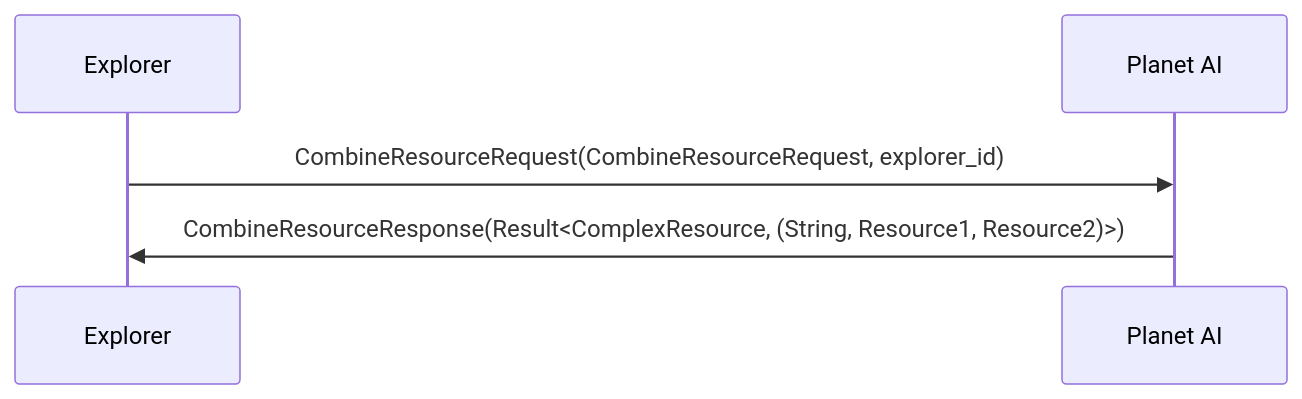
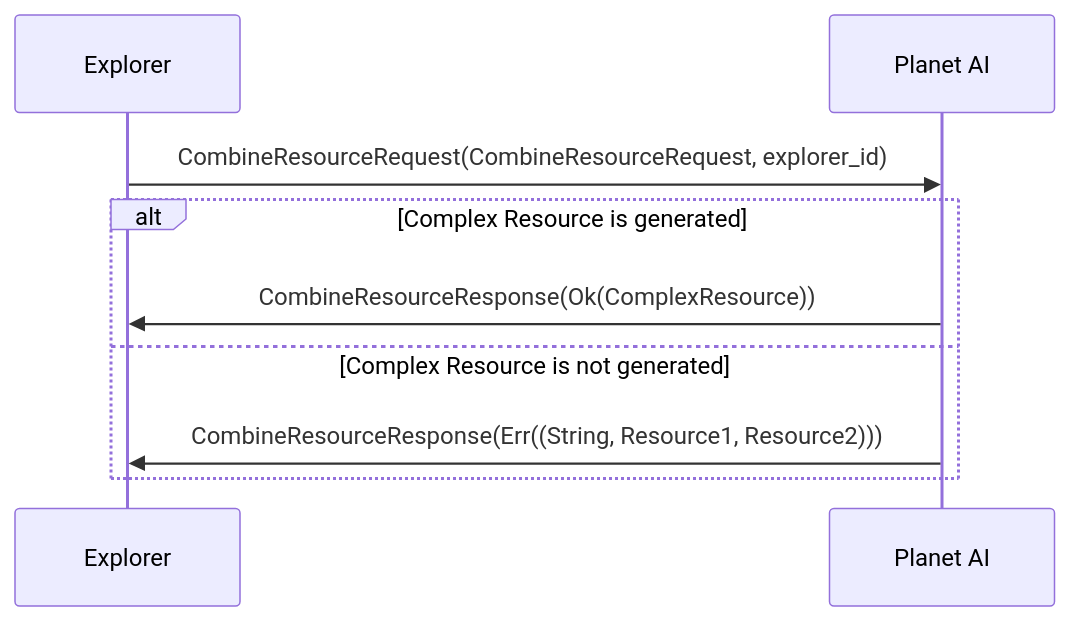
One commit to unitn-ap-2025/common changed diagram 21 of 23 in MESSAGE_DIAGRAMS.md. Above: the diagram before and after it, drawn with Mermaid. The commit also changed other lines of this file and 5 other files, not shown here.

Commit message:
Fix Issue #142, added and updated MESSAGE_DIAGRAMS file with sequence diagrams pf the protocol + fixed protocol doc comments for readability

````diff
--- a/MESSAGE_DIAGRAMS.md
+++ b/MESSAGE_DIAGRAMS.md
@@ -226,9 +262,14 @@
 ```mermaid
 sequenceDiagram
     participant E as Explorer
     participant P as Planet AI
 
     E ->> P: CombineResourceRequest(CombineResourceRequest, explorer_id)
-    P ->> E: CombineResourceResponse(Result<ComplexResource, (String, Resource1, Resource2)>)
+    alt Complex Resource is generated
+    P ->> E: CombineResourceResponse(Ok(ComplexResource))
+    else Complex Resource is not generated
+    P ->> E: CombineResourceResponse(Err((String, Resource1, Resource2)))
+    end
+
 
 ```
````
